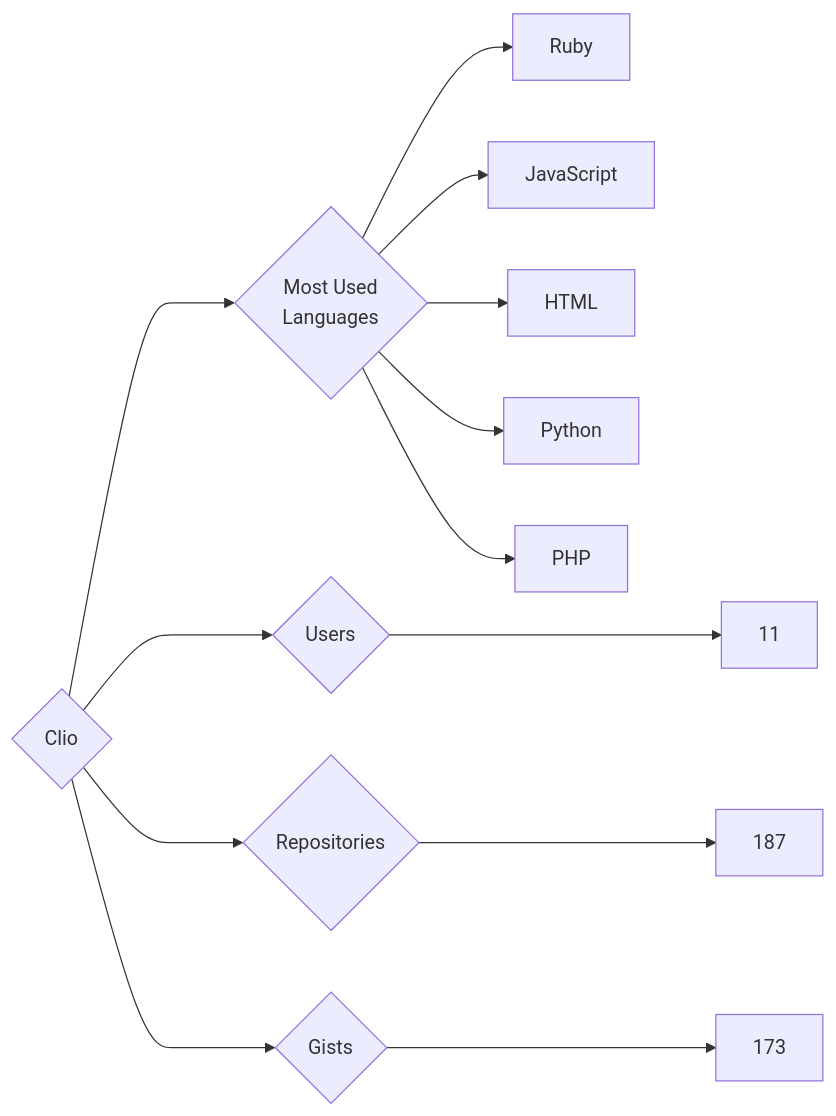
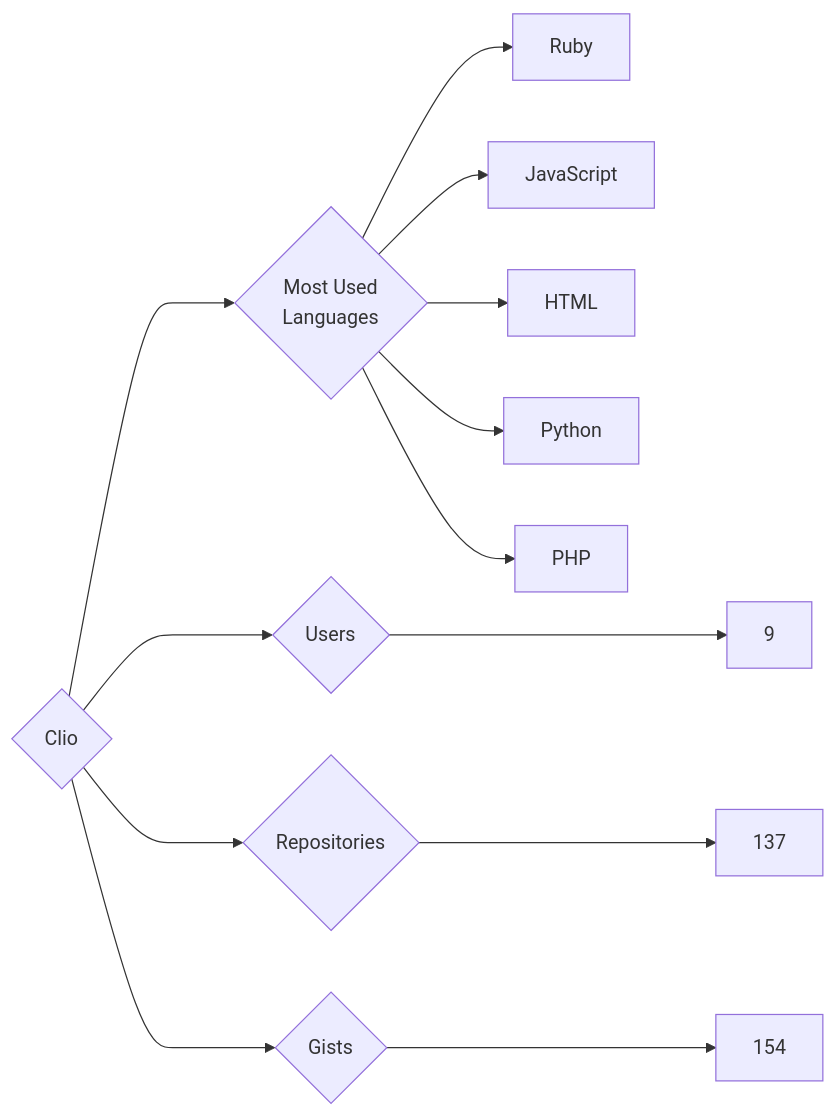
One commit to trickest/insiders changed the diagram in targets/Clio/README.md. Above: the diagram before and after it, drawn with Mermaid. The commit also changed 932 other files, not shown here.

````diff
--- a/targets/Clio/README.md
+++ b/targets/Clio/README.md
@@ -3,13 +3,13 @@
 ```mermaid
 graph LR
 COMPANY_NAME{Clio}
-COMPANY_NAME ---> U{Users} ---> UN[11]
-COMPANY_NAME ---> R{Repositories} ---> RN[187]
-COMPANY_NAME ---> G{Gists} ---> GN[173]
+COMPANY_NAME ---> U{Users} ---> UN[9]
+COMPANY_NAME ---> R{Repositories} ---> RN[137]
+COMPANY_NAME ---> G{Gists} ---> GN[154]
 COMPANY_NAME ---> ML{Most Used<br>Languages}
 ML --> Ruby[Ruby]
 ML --> JavaScript[JavaScript]
 ML --> HTML[HTML]
 ML --> Python[Python]
 ML --> PHP[PHP]
 ```
````
